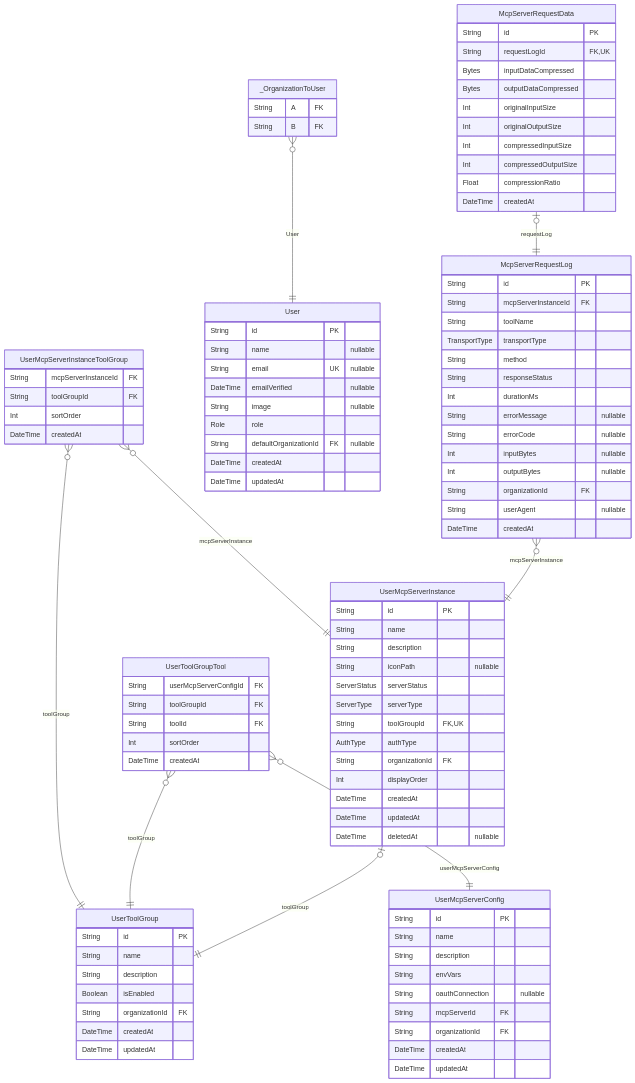
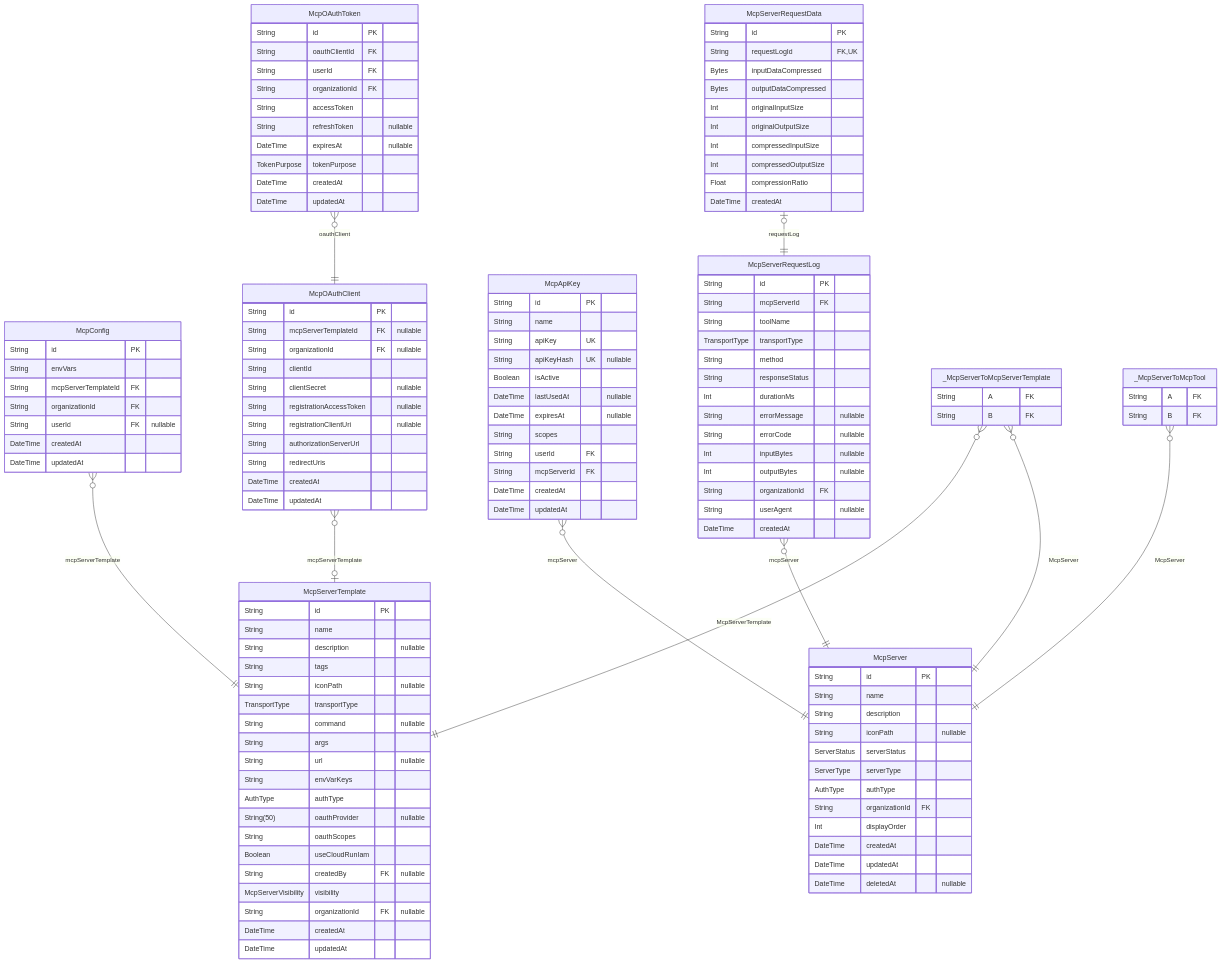
Before and after one commit to rayven122/tumiki: the fourth of 6 diagrams in packages/db/prisma/README.md, drawn with Mermaid. The commit also changed other lines of this file and 6 other files, not shown here.

Commit message:
refactor: Consolidate OAuth and API key management under new MCP-related models and remove redundant indexes.

````diff
--- a/packages/db/prisma/README.md
+++ b/packages/db/prisma/README.md
@@ -813,57 +449,21 @@
 ```mermaid
 erDiagram
-"UserMcpServerInstanceToolGroup" {
-  String mcpServerInstanceId FK
-  String toolGroupId FK
-  Int sortOrder
-  DateTime createdAt
-}
-"User" {
+"McpConfig" {
   String id PK
-  String name "nullable"
-  String email UK "nullable"
-  DateTime emailVerified "nullable"
-  String image "nullable"
-  Role role
-  String defaultOrganizationId FK "nullable"
+  String envVars
+  String mcpServerTemplateId FK
+  String organizationId FK
+  String userId FK "nullable"
   DateTime createdAt
   DateTime updatedAt
 }
-"UserMcpServerConfig" {
-  String id PK
-  String name
-  String description
-  String envVars
-  String oauthConnection "nullable"
-  String mcpServerId FK
-  String organizationId FK
-  DateTime createdAt
-  DateTime updatedAt
-}
-"UserToolGroupTool" {
-  String userMcpServerConfigId FK
-  String toolGroupId FK
-  String toolId FK
-  Int sortOrder
-  DateTime createdAt
-}
-"UserToolGroup" {
-  String id PK
-  String name
-  String description
-  Boolean isEnabled
-  String organizationId FK
-  DateTime createdAt
-  DateTime updatedAt
-}
-"UserMcpServerInstance" {
+"McpServer" {
   String id PK
   String name
   String description
   String iconPath "nullable"
   ServerStatus serverStatus
   ServerType serverType
-  String toolGroupId FK,UK
   AuthType authType
   String organizationId FK
   Int displayOrder
@@ -873,7 +473,7 @@
 }
 "McpServerRequestLog" {
   String id PK
-  String mcpServerInstanceId FK
+  String mcpServerId FK
   String toolName
   TransportType transportType
   String method
@@ -899,16 +499,81 @@
   Float compressionRatio
   DateTime createdAt
 }
-"_OrganizationToUser" {
+"McpApiKey" {
+  String id PK
+  String name
+  String apiKey UK
+  String apiKeyHash UK "nullable"
+  Boolean isActive
+  DateTime lastUsedAt "nullable"
+  DateTime expiresAt "nullable"
+  String scopes
+  String userId FK
+  String mcpServerId FK
+  DateTime createdAt
+  DateTime updatedAt
+}
+"McpOAuthClient" {
+  String id PK
+  String mcpServerTemplateId FK "nullable"
+  String organizationId FK "nullable"
+  String clientId
+  String clientSecret "nullable"
+  String registrationAccessToken "nullable"
+  String registrationClientUri "nullable"
+  String authorizationServerUrl
+  String redirectUris
+  DateTime createdAt
+  DateTime updatedAt
+}
+"McpOAuthToken" {
+  String id PK
+  String oauthClientId FK
+  String userId FK
+  String organizationId FK
+  String accessToken
+  String refreshToken "nullable"
+  DateTime expiresAt "nullable"
+  TokenPurpose tokenPurpose
+  DateTime createdAt
+  DateTime updatedAt
+}
+"_McpServerToMcpServerTemplate" {
   String A FK
   String B FK
 }
-"UserMcpServerInstanceToolGroup" }o--|| "UserMcpServerInstance" : mcpServerInstance
-"UserMcpServerInstanceToolGroup" }o--|| "UserToolGroup" : toolGroup
-"UserToolGroupTool" }o--|| "UserMcpServerConfig" : userMcpServerConfig
-"UserToolGroupTool" }o--|| "UserToolGroup" : toolGroup
-"UserMcpServerInstance" |o--|| "UserToolGroup" : toolGroup
-"McpServerRequestLog" }o--|| "UserMcpServerInstance" : mcpServerInstance
+"_McpServerToMcpTool" {
+  String A FK
+  String B FK
+}
+"McpServerTemplate" {
+  String id PK
+  String name
+  String description "nullable"
+  String tags
+  String iconPath "nullable"
+  TransportType transportType
+  String command "nullable"
+  String args
+  String url "nullable"
+  String envVarKeys
+  AuthType authType
+  String(50) oauthProvider "nullable"
+  String oauthScopes
+  Boolean useCloudRunIam
+  String createdBy FK "nullable"
+  McpServerVisibility visibility
+  String organizationId FK "nullable"
+  DateTime createdAt
+  DateTime updatedAt
+}
+"McpConfig" }o--|| "McpServerTemplate" : mcpServerTemplate
+"McpServerRequestLog" }o--|| "McpServer" : mcpServer
 "McpServerRequestData" |o--|| "McpServerRequestLog" : requestLog
-"_OrganizationToUser" }o--|| "User" : User
+"McpApiKey" }o--|| "McpServer" : mcpServer
+"McpOAuthClient" }o--o| "McpServerTemplate" : mcpServerTemplate
+"McpOAuthToken" }o--|| "McpOAuthClient" : oauthClient
+"_McpServerToMcpServerTemplate" }o--|| "McpServer" : McpServer
+"_McpServerToMcpServerTemplate" }o--|| "McpServerTemplate" : McpServerTemplate
+"_McpServerToMcpTool" }o--|| "McpServer" : McpServer
 ```
````
